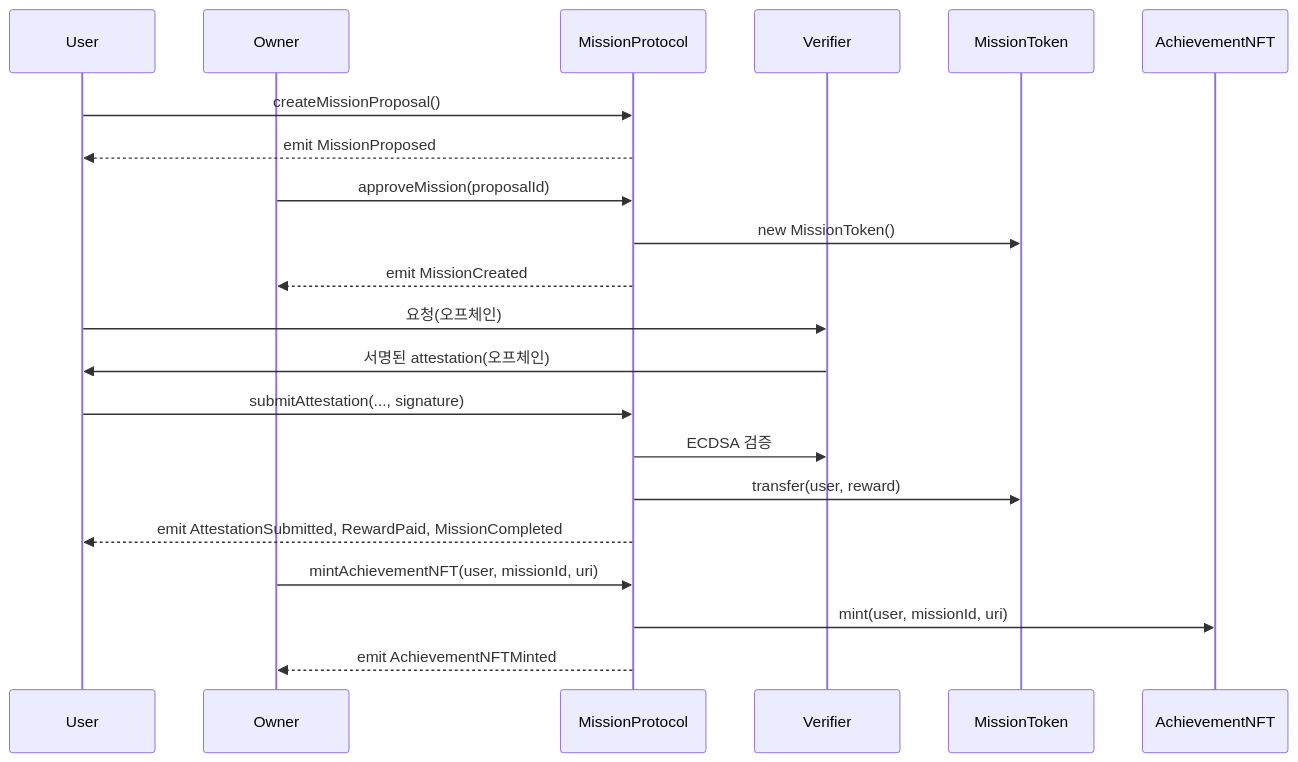
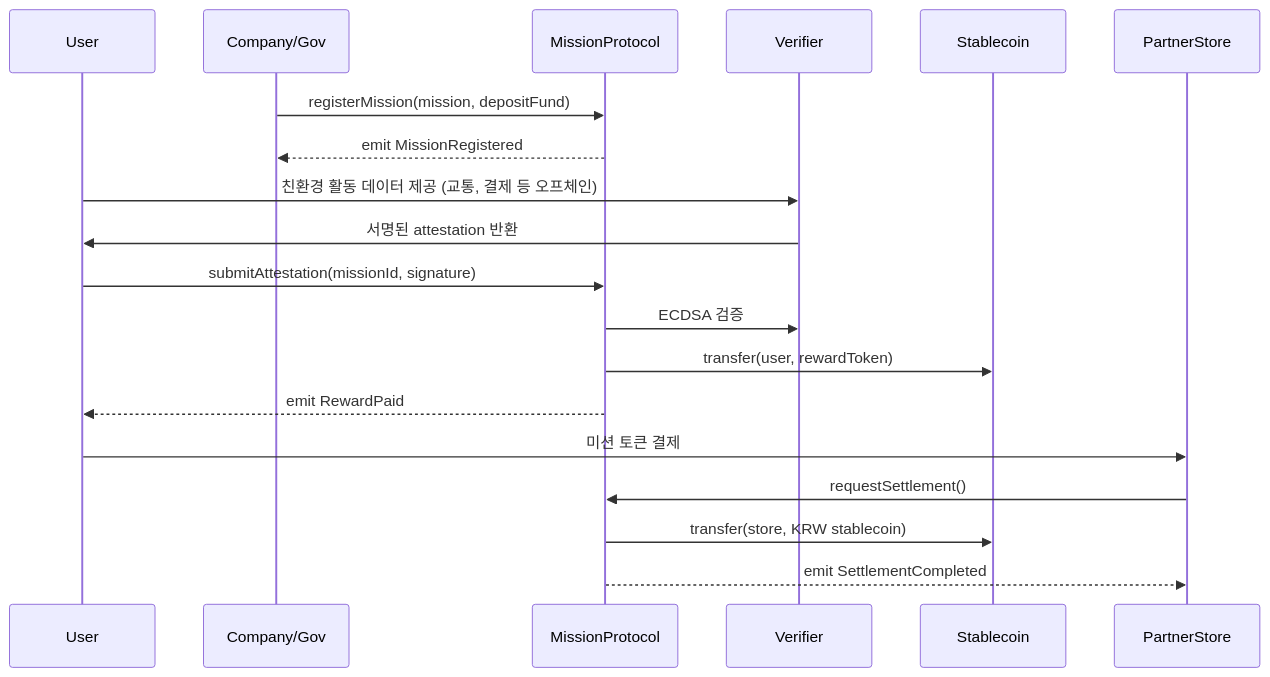
The diagram in README.md (greenable-project/greenable-v1-core), drawn with Mermaid before and after one commit. The commit also changed other lines of this file, not shown here.

````diff
--- a/README.md
+++ b/README.md
@@ -13,27 +36,25 @@
 ```mermaid
 sequenceDiagram
     participant User
-    participant Owner
+    participant Company/Gov
     participant MissionProtocol
     participant Verifier
-    participant MissionToken
-    participant AchievementNFT
+    participant Stablecoin
+    participant PartnerStore
 
-    User->>MissionProtocol: createMissionProposal()
-    MissionProtocol-->>User: emit MissionProposed
+    Company/Gov->>MissionProtocol: registerMission(mission, depositFund)
+    MissionProtocol-->>Company/Gov: emit MissionRegistered
 
-    Owner->>MissionProtocol: approveMission(proposalId)
-    MissionProtocol->>MissionToken: new MissionToken()
-    MissionProtocol-->>Owner: emit MissionCreated
+    User->>Verifier: 친환경 활동 데이터 제공 (교통, 결제 등 오프체인)
+    Verifier->>User: 서명된 attestation 반환
+    User->>MissionProtocol: submitAttestation(missionId, signature)
 
-    User->>Verifier: 요청(오프체인)
-    Verifier->>User: 서명된 attestation(오프체인)
-    User->>MissionProtocol: submitAttestation(..., signature)
     MissionProtocol->>Verifier: ECDSA 검증
-    MissionProtocol->>MissionToken: transfer(user, reward)
-    MissionProtocol-->>User: emit AttestationSubmitted, RewardPaid, MissionCompleted
+    MissionProtocol->>Stablecoin: transfer(user, rewardToken)
+    MissionProtocol-->>User: emit RewardPaid
 
-    Owner->>MissionProtocol: mintAchievementNFT(user, missionId, uri)
-    MissionProtocol->>AchievementNFT: mint(user, missionId, uri)
-    MissionProtocol-->>Owner: emit AchievementNFTMinted
+    User->>PartnerStore: 미션 토큰 결제
+    PartnerStore->>MissionProtocol: requestSettlement()
+    MissionProtocol->>Stablecoin: transfer(store, KRW stablecoin)
+    MissionProtocol-->>PartnerStore: emit SettlementCompleted
 ```
````
